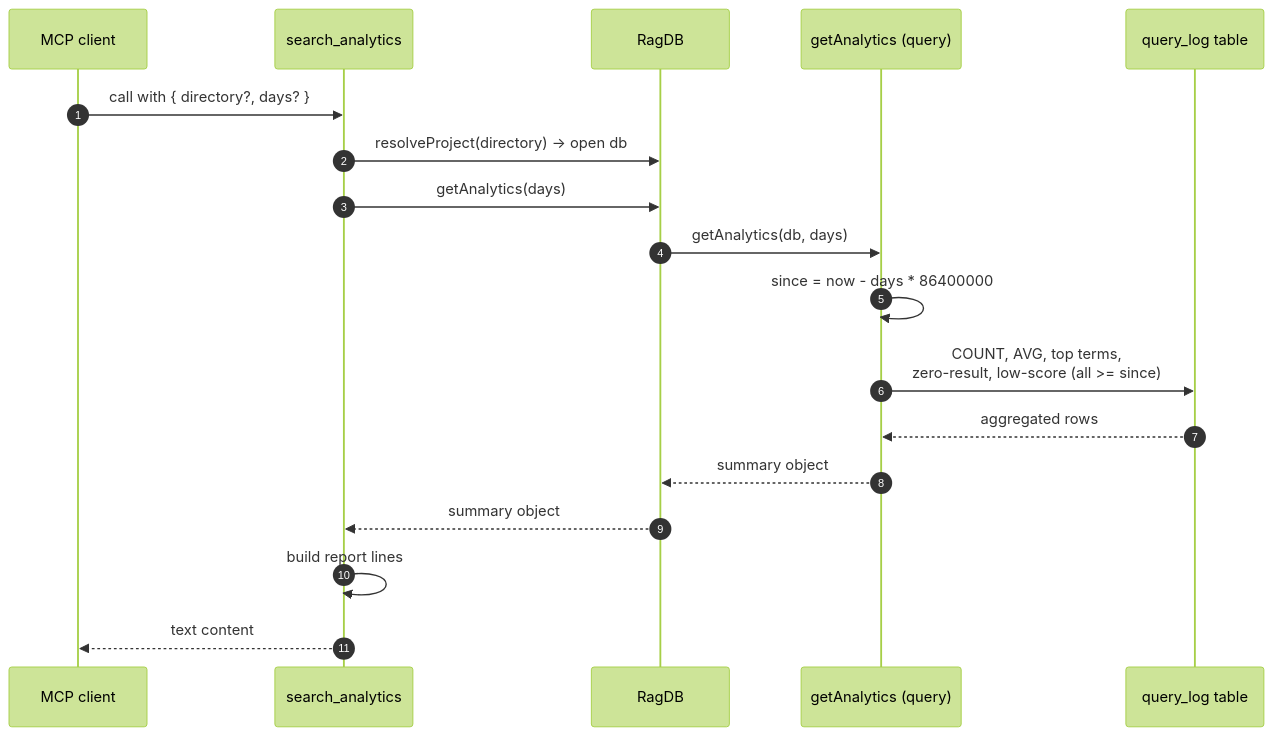
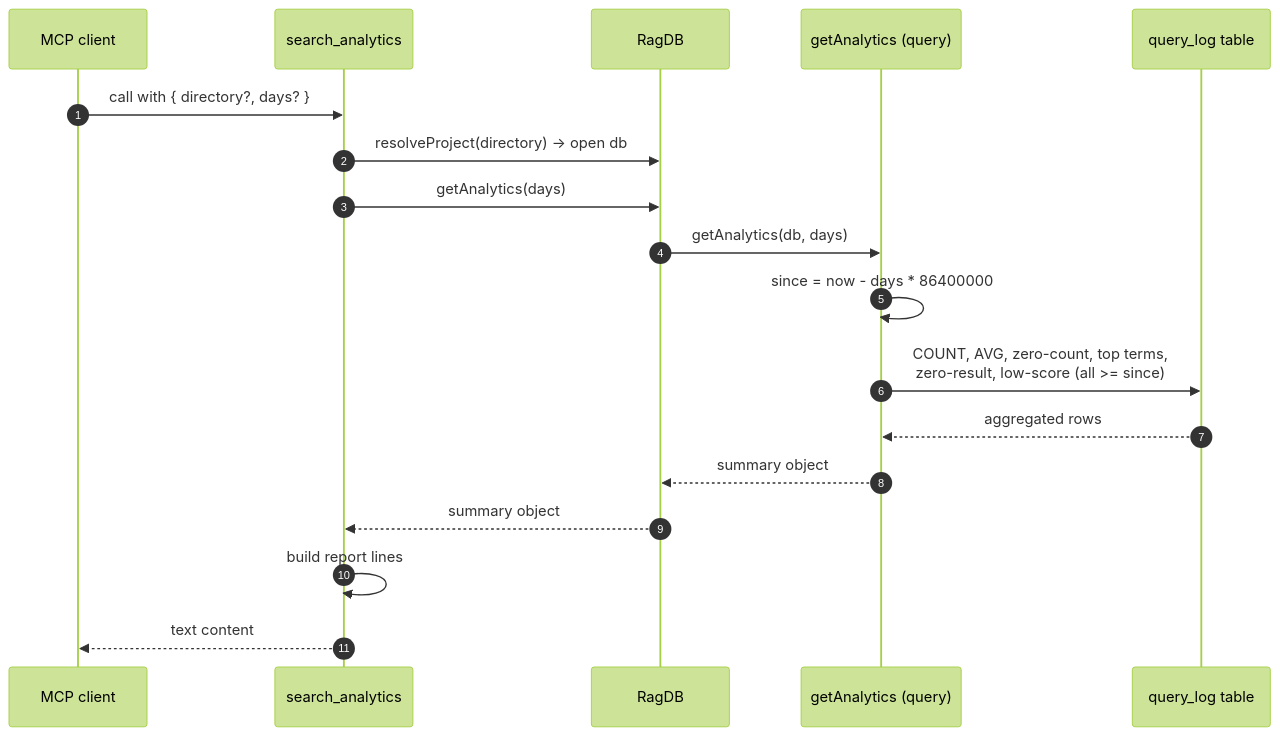
Before and after one commit to TheWinci/mimirs: the diagram in wiki/tools/search-analytics.md, drawn with Mermaid (forest theme). The commit also changed other lines of this file and 58 other files, not shown here.

````diff
--- a/wiki/tools/search-analytics.md
+++ b/wiki/tools/search-analytics.md
@@ -33,21 +34,21 @@
 ```mermaid
 sequenceDiagram
     autonumber
     participant Agent as MCP client
     participant Tool as search_analytics
-    participant DB as RagDB
+    participant Db as RagDB
     participant Query as getAnalytics (query)
     participant Log as query_log table
 
     Agent->>Tool: call with { directory?, days? }
-    Tool->>DB: resolveProject(directory) -> open db
-    Tool->>DB: getAnalytics(days)
-    DB->>Query: getAnalytics(db, days)
+    Tool->>Db: resolveProject(directory) -> open db
+    Tool->>Db: getAnalytics(days)
+    Db->>Query: getAnalytics(db, days)
     Query->>Query: since = now - days * 86400000
-    Query->>Log: COUNT, AVG, top terms,<br>zero-result, low-score (all >= since)
+    Query->>Log: COUNT, AVG, zero-count, top terms,<br>zero-result, low-score (all >= since)
     Log-->>Query: aggregated rows
-    Query-->>DB: summary object
-    DB-->>Tool: summary object
+    Query-->>Db: summary object
+    Db-->>Tool: summary object
     Tool->>Tool: build report lines
     Tool-->>Agent: text content
 ```
````
